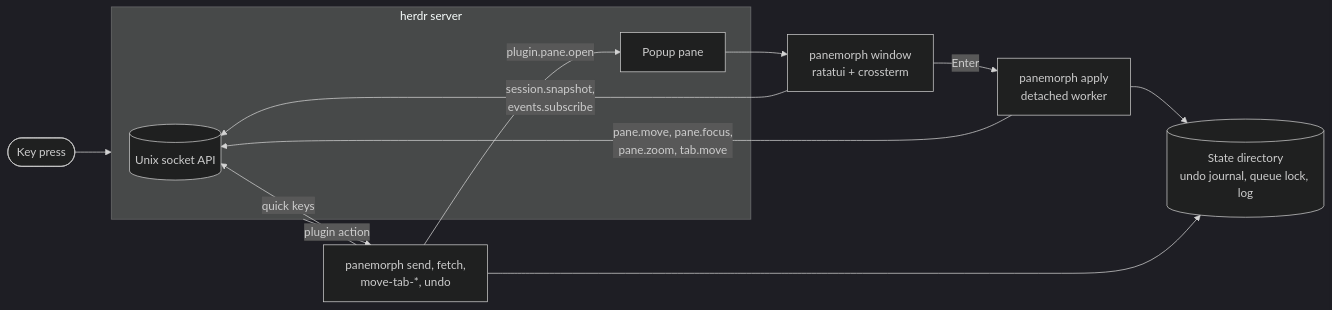
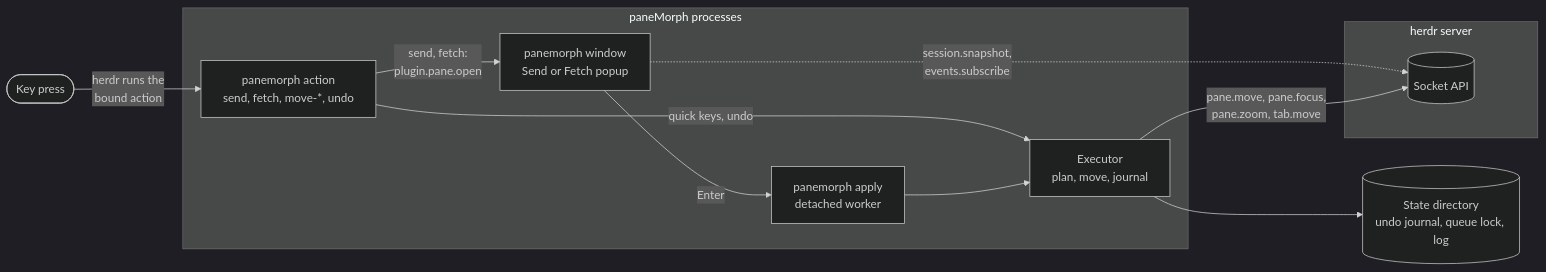
The diagram in README.md (Jenish-Shobhit/paneMorph), drawn with Mermaid (dark theme) before and after one commit.

Commit message:
docs: untangle the architecture diagram
Group paneMorph's processes apart from herdr so edges no longer cross,
and route every move through the executor.

````diff
--- a/README.md
+++ b/README.md
@@ -279,19 +279,23 @@
 ```mermaid
 flowchart LR
-    key(["Key press"]) --> herdr
+    key(["Key press"]) -- "herdr runs the<br/>bound action" --> action
+
+    subgraph plugin["paneMorph processes"]
+        action["panemorph action<br/>send, fetch, move-*, undo"]
+        window["panemorph window<br/>Send or Fetch popup"]
+        worker["panemorph apply<br/>detached worker"]
+        exec["Executor<br/>plan, move, journal"]
+    end
 
     subgraph herdr["herdr server"]
-        socket[("Unix socket API")]
-        popup["Popup pane"]
+        socket[("Socket API")]
     end
 
-    herdr -- "plugin action" --> action["panemorph send, fetch,<br/>move-tab-*, undo"]
-    action -- "plugin.pane.open" --> popup
-    popup --> window["panemorph window<br/>ratatui + crossterm"]
-    window -- "session.snapshot,<br/>events.subscribe" --> socket
-    window -- "Enter" --> worker["panemorph apply<br/>detached worker"]
-    worker -- "pane.move, pane.focus,<br/>pane.zoom, tab.move" --> socket
-    action -- "quick keys" --> socket
-    worker --> state[("State directory<br/>undo journal, queue lock, log")]
-    action --> state
+    action -- "send, fetch:<br/>plugin.pane.open" --> window
+    window -- "Enter" --> worker
+    action -- "quick keys, undo" --> exec
+    worker --> exec
+    window -. "session.snapshot,<br/>events.subscribe" .-> socket
+    exec -- "pane.move, pane.focus,<br/>pane.zoom, tab.move" --> socket
+    exec --> state[("State directory<br/>undo journal, queue lock, log")]
 ```
````
